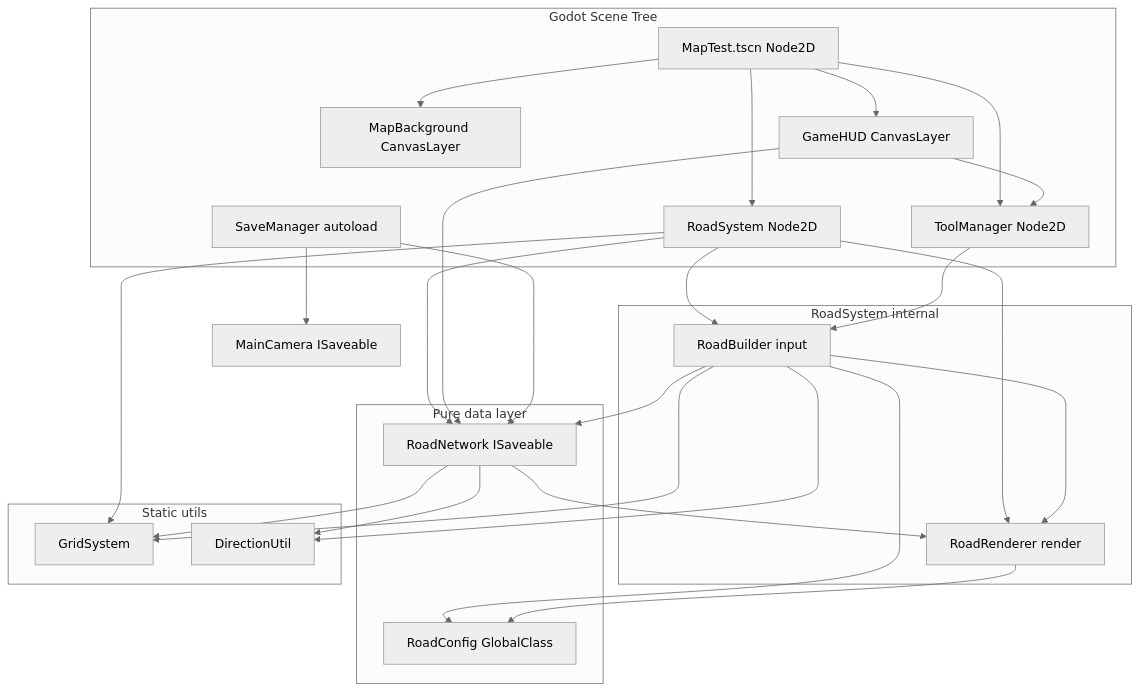
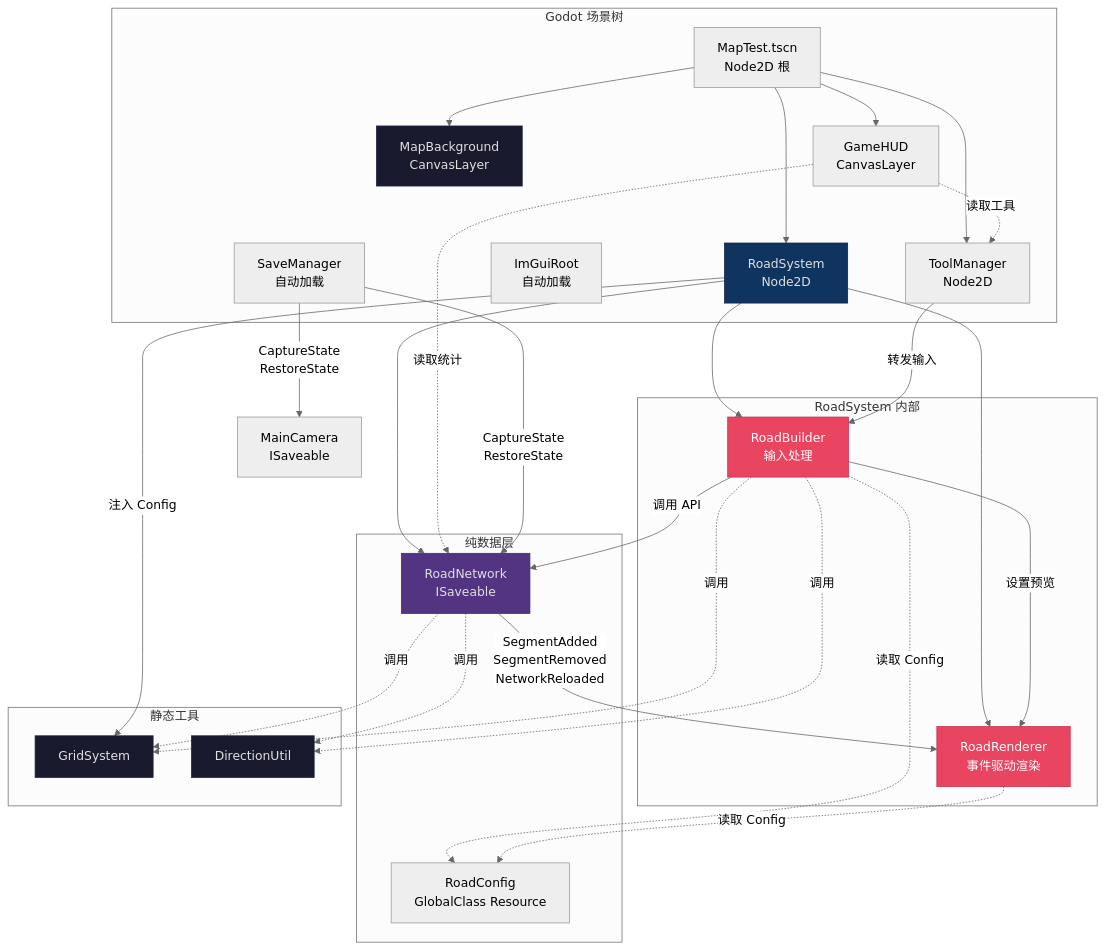
The first of 9 diagrams in docs/game-logic.md (xianfishyu/SimpleCities), drawn with Mermaid (neutral theme) before and after one commit. The commit also changed other lines of this file, not shown here.

First line of the commit message:
#重写：图2/3/5改用flowchart替代sequenceDiagram/stateDiagram

````diff
--- a/docs/game-logic.md
+++ b/docs/game-logic.md
@@ -9,52 +9,64 @@
 ```mermaid
 graph TB
-    subgraph Scene["Godot Scene Tree"]
-        MapTest["MapTest.tscn Node2D"]
-        MapBg["MapBackground CanvasLayer"]
-        RoadSys["RoadSystem Node2D"]
-        ToolMgr["ToolManager Node2D"]
-        GameHUD["GameHUD CanvasLayer"]
-        SaveMgr["SaveManager autoload"]
+    subgraph Godot["Godot 场景树"]
+        MapTest["MapTest.tscn<br/>Node2D 根"]
+        MapBg["MapBackground<br/>CanvasLayer"]
+        RoadSys["RoadSystem<br/>Node2D"]
+        ToolMgr["ToolManager<br/>Node2D"]
+        GameHUD["GameHUD<br/>CanvasLayer"]
+        ImGuiRoot["ImGuiRoot<br/>自动加载"]
+        SaveMgr["SaveManager<br/>自动加载"]
     end
 
-    subgraph RoadSysInternal["RoadSystem internal"]
-        RoadBuilder["RoadBuilder input"]
-        RoadRenderer["RoadRenderer render"]
+    subgraph RoadSys_internal["RoadSystem 内部"]
+        RoadBuilder["RoadBuilder<br/>输入处理"]
+        RoadRenderer["RoadRenderer<br/>事件驱动渲染"]
     end
 
-    subgraph DataLayer["Pure data layer"]
-        RoadNetwork["RoadNetwork ISaveable"]
-        RoadConfig["RoadConfig GlobalClass"]
+    subgraph Data["纯数据层"]
+        RoadNetwork["RoadNetwork<br/>ISaveable"]
+        RoadConfig["RoadConfig<br/>GlobalClass Resource"]
     end
 
-    subgraph Utils["Static utils"]
+    subgraph StaticUtils["静态工具"]
         GridSystem["GridSystem"]
         DirectionUtil["DirectionUtil"]
     end
 
     MapTest --> MapBg
     MapTest --> RoadSys
     MapTest --> ToolMgr
     MapTest --> GameHUD
 
     RoadSys --> RoadBuilder
     RoadSys --> RoadRenderer
     RoadSys --> RoadNetwork
-    RoadSys --> GridSystem
+    RoadSys -->|"注入 Config"| GridSystem
 
-    RoadBuilder --> RoadNetwork
-    RoadBuilder --> RoadRenderer
-    RoadBuilder --> RoadConfig
-    RoadRenderer --> RoadConfig
-    RoadBuilder --> GridSystem
-    RoadBuilder --> DirectionUtil
-    RoadNetwork --> GridSystem
-    RoadNetwork --> DirectionUtil
+    RoadBuilder -->|"调用 API"| RoadNetwork
+    RoadBuilder -->|"设置预览"| RoadRenderer
+    RoadBuilder -.->|"读取 Config"| RoadConfig
 
-    RoadNetwork --> RoadRenderer
-    ToolMgr --> RoadBuilder
-    GameHUD --> RoadNetwork
-    GameHUD --> ToolMgr
-    SaveMgr --> RoadNetwork
-    SaveMgr --> MainCamera["MainCamera ISaveable"]
+    RoadNetwork -->|"SegmentAdded<br/>SegmentRemoved<br/>NetworkReloaded"| RoadRenderer
+
+    RoadRenderer -.->|"读取 Config"| RoadConfig
+    RoadBuilder -.->|"调用"| GridSystem
+    RoadBuilder -.->|"调用"| DirectionUtil
+    RoadNetwork -.->|"调用"| GridSystem
+    RoadNetwork -.->|"调用"| DirectionUtil
+
+    ToolMgr -->|"转发输入"| RoadBuilder
+    GameHUD -.->|"读取统计"| RoadNetwork
+    GameHUD -.->|"读取工具"| ToolMgr
+
+    SaveMgr -->|"CaptureState<br/>RestoreState"| RoadNetwork
+    SaveMgr -->|"CaptureState<br/>RestoreState"| MainCamera["MainCamera<br/>ISaveable"]
+
+    style MapBg fill:#1a1a2e,stroke:#16213e,color:#e0e0e0
+    style RoadSys fill:#0f3460,stroke:#16213e,color:#e0e0e0
+    style RoadNetwork fill:#533483,stroke:#3d2c6b,color:#e0e0e0
+    style RoadBuilder fill:#e94560,stroke:#c23152,color:#fff
+    style RoadRenderer fill:#e94560,stroke:#c23152,color:#fff
+    style GridSystem fill:#1a1a2e,stroke:#16213e,color:#e0e0e0
+    style DirectionUtil fill:#1a1a2e,stroke:#16213e,color:#e0e0e0
 ```
````
